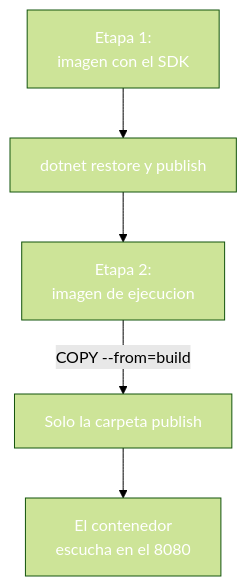
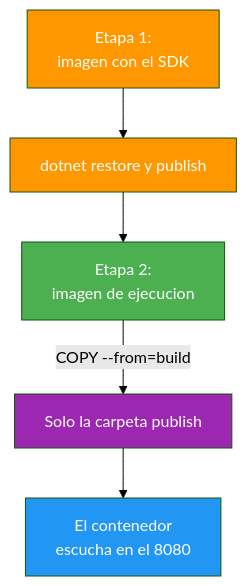
One commit to joseluisgs/DesarrolloWebEntornosServidor-03-2026-2027 changed the third of 6 diagrams in 25-docker-despliegue.md. Above: the diagram before and after it, drawn with Mermaid (forest theme). The commit also changed other lines of this file and 25 other files, not shown here.

Commit message:
docs: corregir los estilos Mermaid de los temas y alinear el dominio del tema 25 con ProductosApp

````diff
--- a/25-docker-despliegue.md
+++ b/25-docker-despliegue.md
@@ -129,12 +129,12 @@
 ```mermaid
 graph TD
     S["Etapa 1:<br/>imagen con el SDK"] --> R["dotnet restore y publish"]
     R --> E["Etapa 2:<br/>imagen de ejecucion"]
     E -->|COPY --from=build| F["Solo la carpeta publish"]
     F --> C["El contenedor<br/>escucha en el 8080"]
-    style S fill:#FF980,color:#fff0,color:#fff
-    style R fill:#FF980,color:#fff0,color:#fff
-    style E fill:#4CAF5,color:#fff0,color:#fff
-    style F fill:#9C27B,color:#fff0,color:#fff
-    style C fill:#2196F,color:#fff3,color:#fff
+    style S fill:#FF9800,color:#fff
+    style R fill:#FF9800,color:#fff
+    style E fill:#4CAF50,color:#fff
+    style F fill:#9C27B0,color:#fff
+    style C fill:#2196F3,color:#fff
 ```
````
